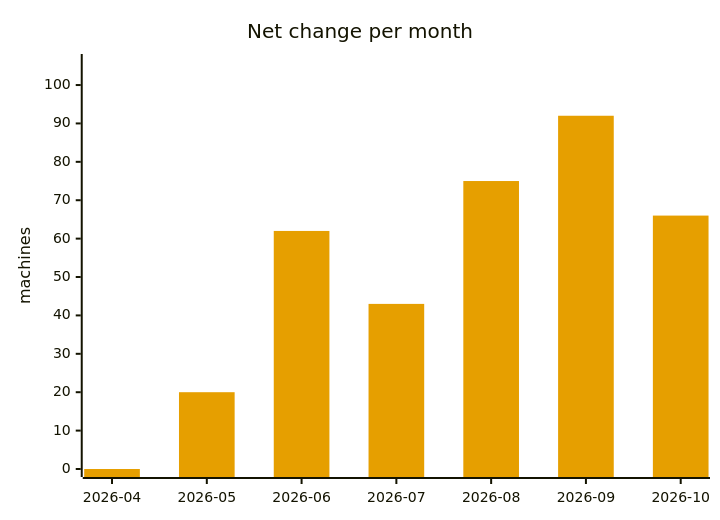
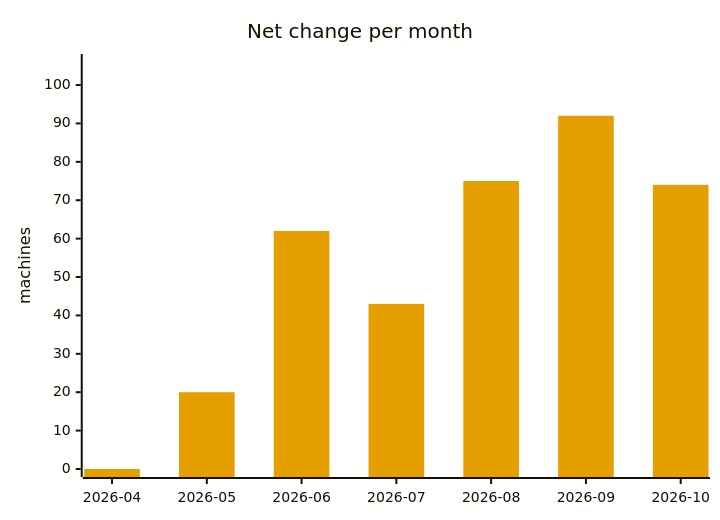
One commit to cheeaun/returnright-data changed the fifth of 5 diagrams in ANALYSIS.md. Above: the diagram before and after it, drawn with Mermaid. The commit also changed other lines of this file and 4 other files, not shown here.

````diff
--- a/ANALYSIS.md
+++ b/ANALYSIS.md
@@ -265,13 +265,13 @@
 ```mermaid
 ---
 config:
   themeVariables:
     xyChart:
       plotColorPalette: "#E69F00"
 ---
 xychart-beta
     title "Net change per month"
     x-axis ["2026-04", "2026-05", "2026-06", "2026-07", "2026-08", "2026-09", "2026-10"]
     y-axis "machines" 0 --> 106
-    bar [0, 20, 62, 43, 75, 92, 66]
+    bar [0, 20, 62, 43, 75, 92, 74]
 ```
````
